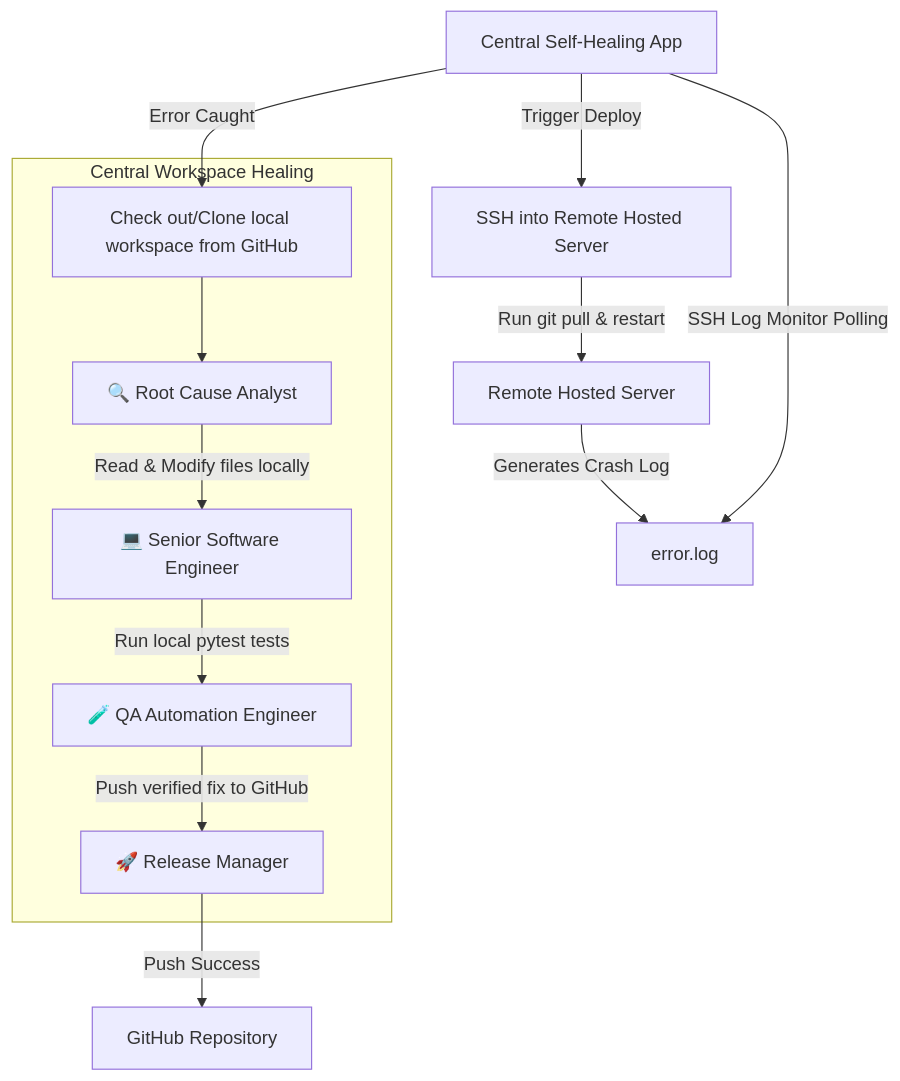
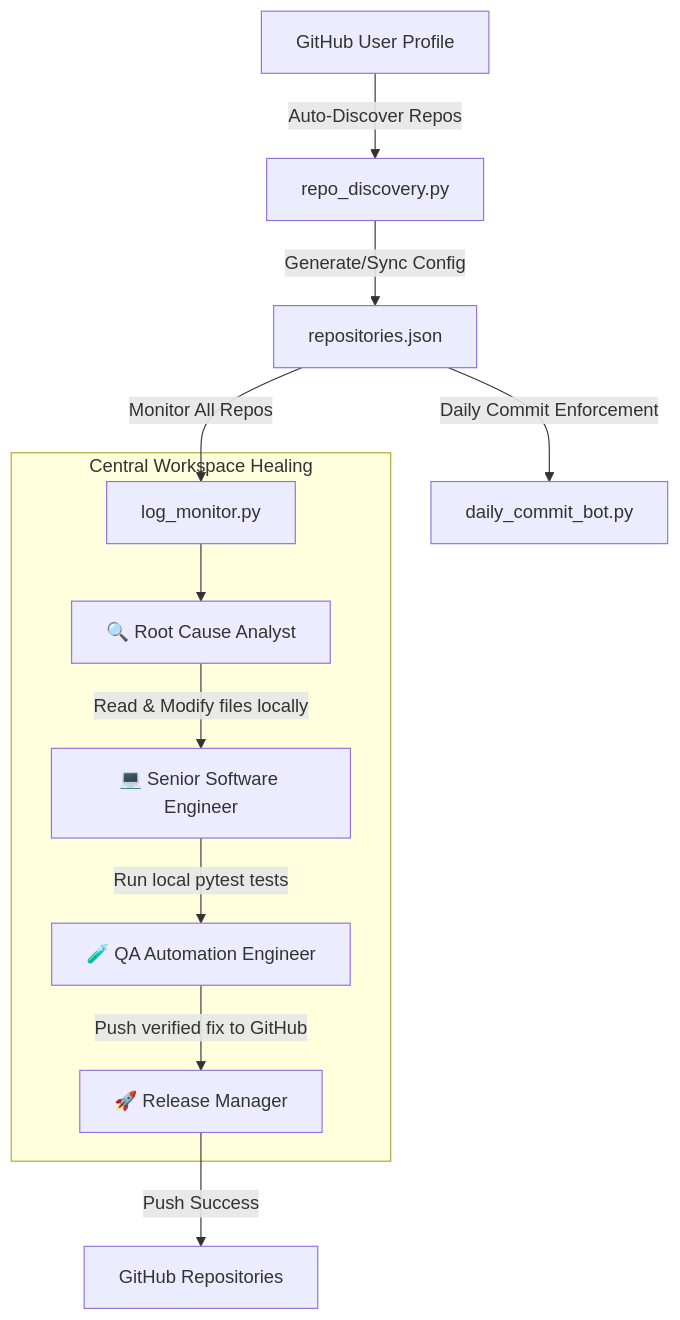
Before and after one commit to Reaven010/self-healing-agent: the diagram in README.md, drawn with Mermaid. The commit also changed other lines of this file and 12 other files, not shown here.

Commit message:
refactor: move profile repositories into single git-ignored repository directory

````diff
--- a/README.md
+++ b/README.md
@@ -5,17 +5,16 @@
 ```mermaid
 graph TD
-    A[Remote Hosted Server] -->|Generates Crash Log| B[error.log]
-    C[Central Self-Healing App] -->|SSH Log Monitor Polling| B
-    C -->|Error Caught| D[Check out/Clone local workspace from GitHub]
+    A[GitHub User Profile] -->|Auto-Discover Repos| B[repo_discovery.py]
+    B -->|Generate/Sync Config| C[repositories.json]
+    C -->|Monitor All Repos| D[log_monitor.py]
+    C -->|Daily Commit Enforcement| E[daily_commit_bot.py]
     
     subgraph Central Workspace Healing
-        D --> E[🔍 Root Cause Analyst]
-        E -->|Read & Modify files locally| F[💻 Senior Software Engineer]
-        F -->|Run local pytest tests| G[🧪 QA Automation Engineer]
-        G -->|Push verified fix to GitHub| H[🚀 Release Manager]
+        D --> F[🔍 Root Cause Analyst]
+        F -->|Read & Modify files locally| G[💻 Senior Software Engineer]
+        G -->|Run local pytest tests| H[🧪 QA Automation Engineer]
+        H -->|Push verified fix to GitHub| I[🚀 Release Manager]
     end
     
-    H -->|Push Success| I[GitHub Repository]
-    C -->|Trigger Deploy| J[SSH into Remote Hosted Server]
-    J -->|Run git pull & restart| A
+    I -->|Push Success| J[GitHub Repositories]
 ```
````
